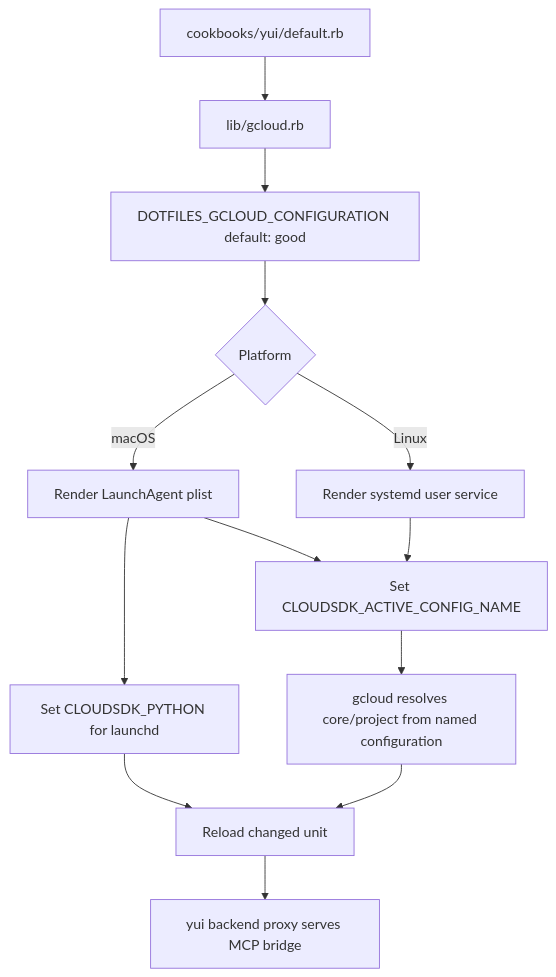
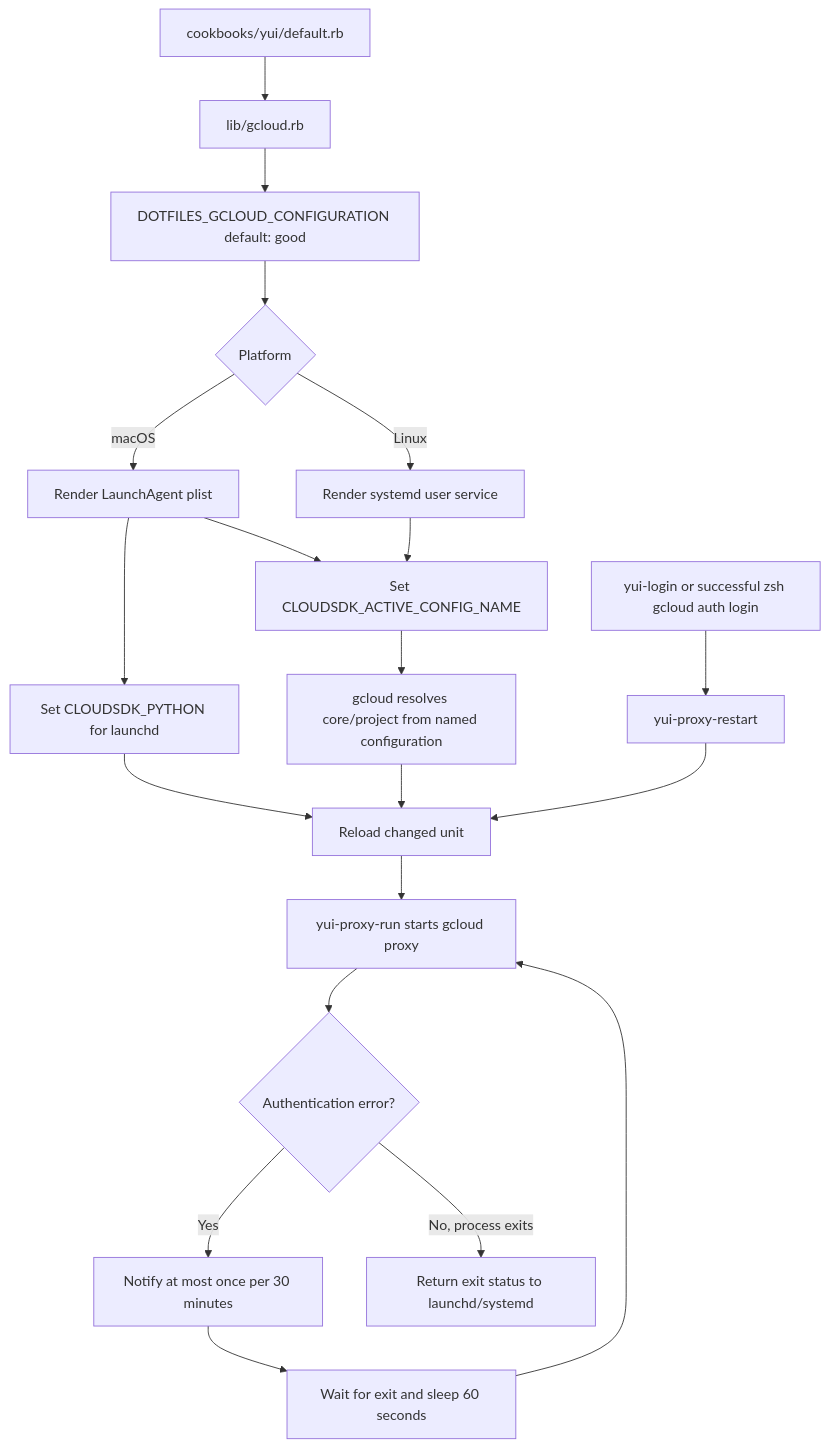
One commit to Tyaba/dotfiles changed the seventh of 7 diagrams in README.md. Above: the diagram before and after it, drawn with Mermaid. The commit also changed other lines of this file and 8 other files, not shown here.

First line of the commit message:
feat(yui): 認証切れを通知し、`! yui-login` だけで yui-proxy を復旧させる (#99)

````diff
--- a/README.md
+++ b/README.md
@@ -339,15 +356,22 @@
 ```mermaid
 flowchart TD
     A[cookbooks/yui/default.rb] --> B[lib/gcloud.rb]
     B --> C[DOTFILES_GCLOUD_CONFIGURATION default: good]
     C --> D{Platform}
     D -->|macOS| E[Render LaunchAgent plist]
     D -->|Linux| F[Render systemd user service]
     E --> G[Set CLOUDSDK_ACTIVE_CONFIG_NAME]
     F --> G
     E --> H[Set CLOUDSDK_PYTHON for launchd]
     G --> I[gcloud resolves core/project from named configuration]
     H --> J[Reload changed unit]
     I --> J
-    J --> K[yui backend proxy serves MCP bridge]
+    J --> K[yui-proxy-run starts gcloud proxy]
+    K --> L{Authentication error?}
+    L -->|Yes| M[Notify at most once per 30 minutes]
+    M --> N[Wait for exit and sleep 60 seconds]
+    N --> K
+    L -->|No, process exits| O[Return exit status to launchd/systemd]
+    P[yui-login or successful zsh gcloud auth login] --> Q[yui-proxy-restart]
+    Q --> J
 ```
````
